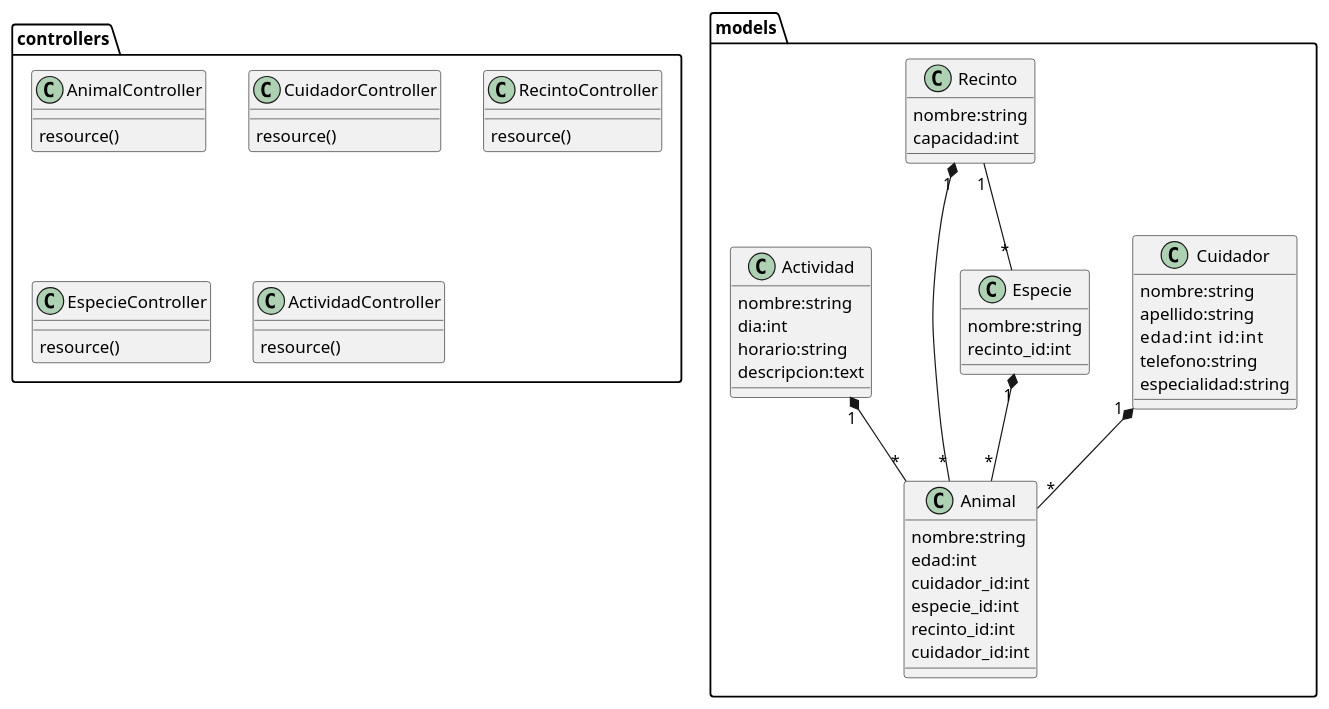
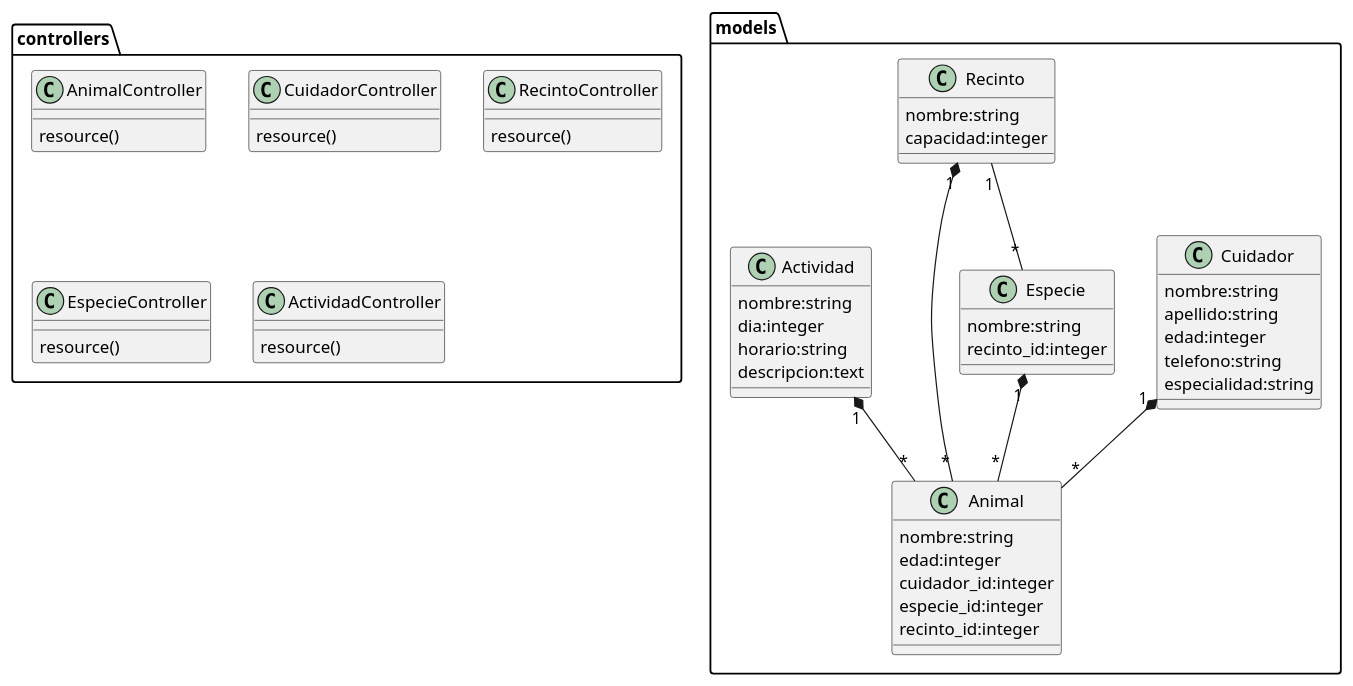
One commit to DiogoAlip/uml-final changed the diagram in plantuml.pu. Above: the diagram before and after it, drawn with PlantUML. The commit also changed 14 other files, not shown here.

```diff
--- a/plantuml.pu
+++ b/plantuml.pu
@@ -1,55 +1,54 @@
 @startuml 
 class models.Animal{
     nombre:string
-    edad:int
-    cuidador_id:int 
-    especie_id:int
-    recinto_id:int
-    cuidador_id:int
+    edad:integer
+    cuidador_id:integer 
+    especie_id:integer
+    recinto_id:integer
 }
  
 class models.Cuidador{
     nombre:string
     apellido:string
-    edad:int    id:int
+    edad:integer
     telefono:string
     especialidad:string
 }
 class models.Recinto{
     nombre:string
-    capacidad:int
+    capacidad:integer
 }
 class models.Especie{
     nombre:string
-    recinto_id:int
+    recinto_id:integer
 }
  
 class models.Actividad{
     nombre:string
-    dia:int
+    dia:integer
     horario:string 
     descripcion:text
 }
 
 class controllers.AnimalController{
     resource()
 }
 class controllers.CuidadorController{
     resource()
 }
 class controllers.RecintoController{
     resource()
 }
 class controllers.EspecieController{
     resource()
 }
 class controllers.ActividadController{
     resource()
 }
 
 models.Especie "1"*--"*" models.Animal
 models.Recinto "1"--"*" models.Especie
 models.Recinto "1"*--"*" models.Animal
 models.Cuidador "1"*--"*" models.Animal
 models.Actividad "1"*--"*" models.Animal
 @enduml
```
